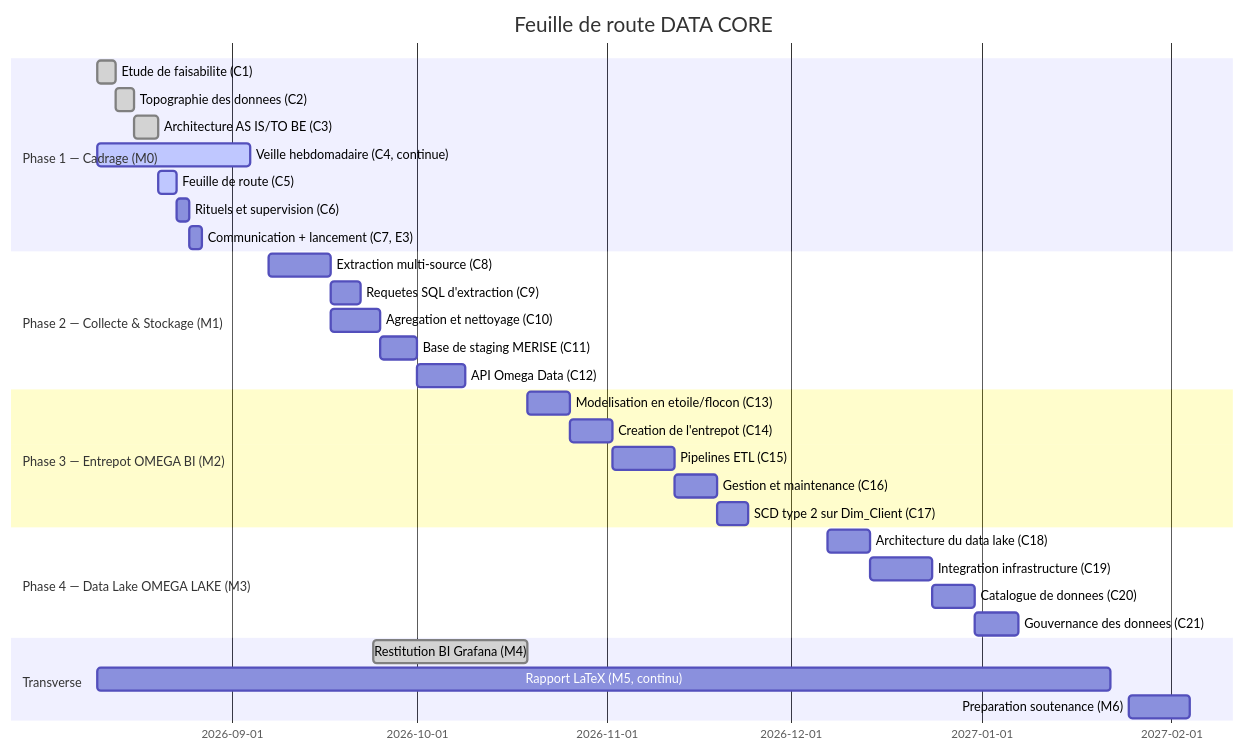
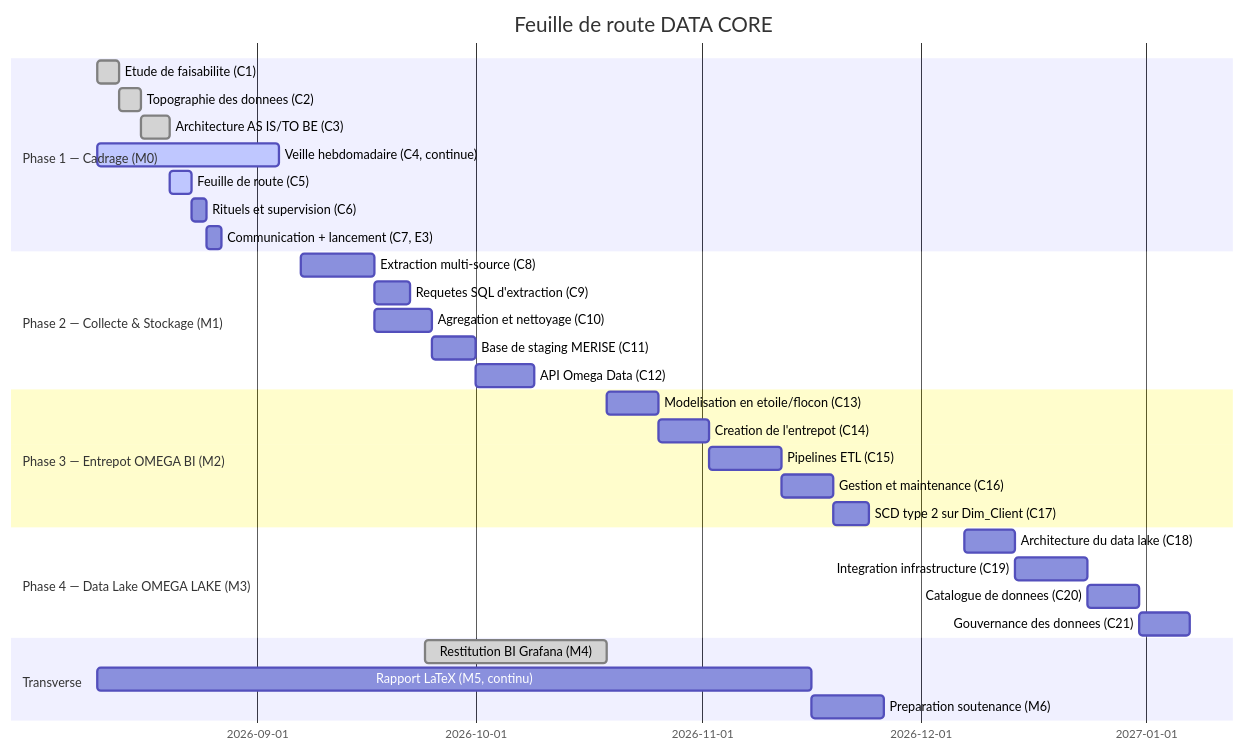
One commit to alaugier/datacore changed the first of 2 diagrams in docs/architecture/feuille_de_route.md. Above: the diagram before and after it, drawn with Mermaid. The commit also changed other lines of this file and 26 other files, not shown here.

````diff
--- a/docs/architecture/feuille_de_route.md
+++ b/docs/architecture/feuille_de_route.md
@@ -102,34 +109,34 @@
 ```mermaid
 gantt
     title Feuille de route DATA CORE
     dateFormat  YYYY-MM-DD
     section Phase 1 — Cadrage (M0)
     Etude de faisabilite (C1)          :done,   p1a, 2026-08-10, 3d
     Topographie des donnees (C2)       :done,   p1b, after p1a, 3d
     Architecture AS IS/TO BE (C3)      :done,   p1c, after p1b, 4d
     Veille hebdomadaire (C4, continue) :active, p1d, 2026-08-10, 25d
     Feuille de route (C5)              :active, p1e, after p1c, 3d
     Rituels et supervision (C6)        :        p1f, after p1e, 2d
     Communication + lancement (C7, E3) :        p1g, after p1f, 2d
     section Phase 2 — Collecte & Stockage (M1)
     Extraction multi-source (C8)       :        p2a, 2026-09-07, 10d
     Requetes SQL d'extraction (C9)     :        p2b, after p2a, 5d
     Agregation et nettoyage (C10)      :        p2c, after p2a, 8d
     Base de staging MERISE (C11)       :        p2d, after p2c, 6d
     API Omega Data (C12)               :        p2e, after p2d, 8d
     section Phase 3 — Entrepot OMEGA BI (M2)
     Modelisation en etoile/flocon (C13):        p3a, 2026-10-19, 7d
     Creation de l'entrepot (C14)       :        p3b, after p3a, 7d
     Pipelines ETL (C15)                :        p3c, after p3b, 10d
     Gestion et maintenance (C16)       :        p3d, after p3c, 7d
     SCD type 2 sur Dim_Client (C17)    :        p3e, after p3d, 5d
     section Phase 4 — Data Lake OMEGA LAKE (M3)
     Architecture du data lake (C18)    :        p4a, 2026-12-07, 7d
     Integration infrastructure (C19)   :        p4b, after p4a, 10d
     Catalogue de donnees (C20)         :        p4c, after p4b, 7d
     Gouvernance des donnees (C21)      :        p4d, after p4c, 7d
     section Transverse
     Restitution BI Grafana (M4)        :done, m4bi, 2026-09-24, 2026-10-19
-    Rapport LaTeX (M5, continu)        :        m5, 2026-08-10, 165d
-    Preparation soutenance (M6)        :        m6, 2027-01-25, 10d
+    Rapport LaTeX (M5, continu)        :        m5, 2026-08-10, 98d
+    Preparation soutenance (M6)        :        m6, 2026-11-16, 10d
 ```
````
